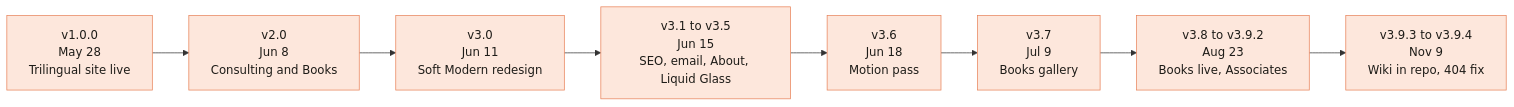
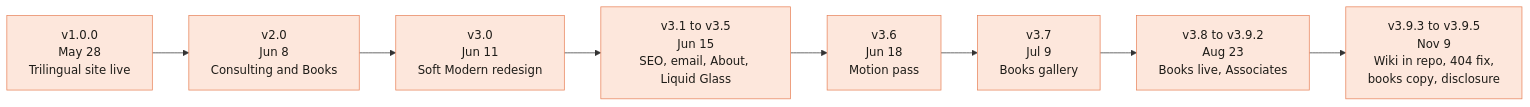
Before and after one commit to vijaybpanangi/ezziclarity: the diagram in docs/wiki/Release-History.md, drawn with Mermaid. The commit also changed other lines of this file and 29 other files, not shown here.

First line of the commit message:
Bring the books copy up to date and add the Amazon Associates disclosure

````diff
--- a/docs/wiki/Release-History.md
+++ b/docs/wiki/Release-History.md
@@ -8,12 +8,12 @@
 ```mermaid
 flowchart LR
     V1[v1.0.0<br/>May 28<br/>Trilingual site live]:::ours --> V2[v2.0<br/>Jun 8<br/>Consulting and Books]:::ours
     V2 --> V30[v3.0<br/>Jun 11<br/>Soft Modern redesign]:::ours
     V30 --> V31[v3.1 to v3.5<br/>Jun 15<br/>SEO, email, About, Liquid Glass]:::ours
     V31 --> V36[v3.6<br/>Jun 18<br/>Motion pass]:::ours
     V36 --> V37[v3.7<br/>Jul 9<br/>Books gallery]:::ours
     V37 --> V38[v3.8 to v3.9.2<br/>Aug 23<br/>Books live, Associates]:::ours
-    V38 --> V39[v3.9.3 to v3.9.4<br/>Nov 9<br/>Wiki in repo, 404 fix]:::ours
+    V38 --> V39[v3.9.3 to v3.9.5<br/>Nov 9<br/>Wiki in repo, 404 fix,<br/>books copy, disclosure]:::ours
 
     classDef ours fill:#FDE7DC,stroke:#E8835A,color:#1e1c18
 ```
````
